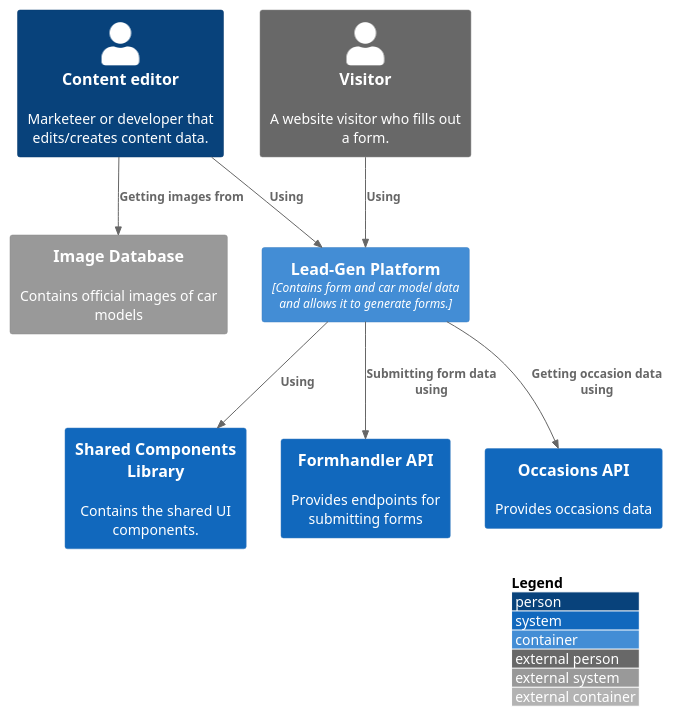
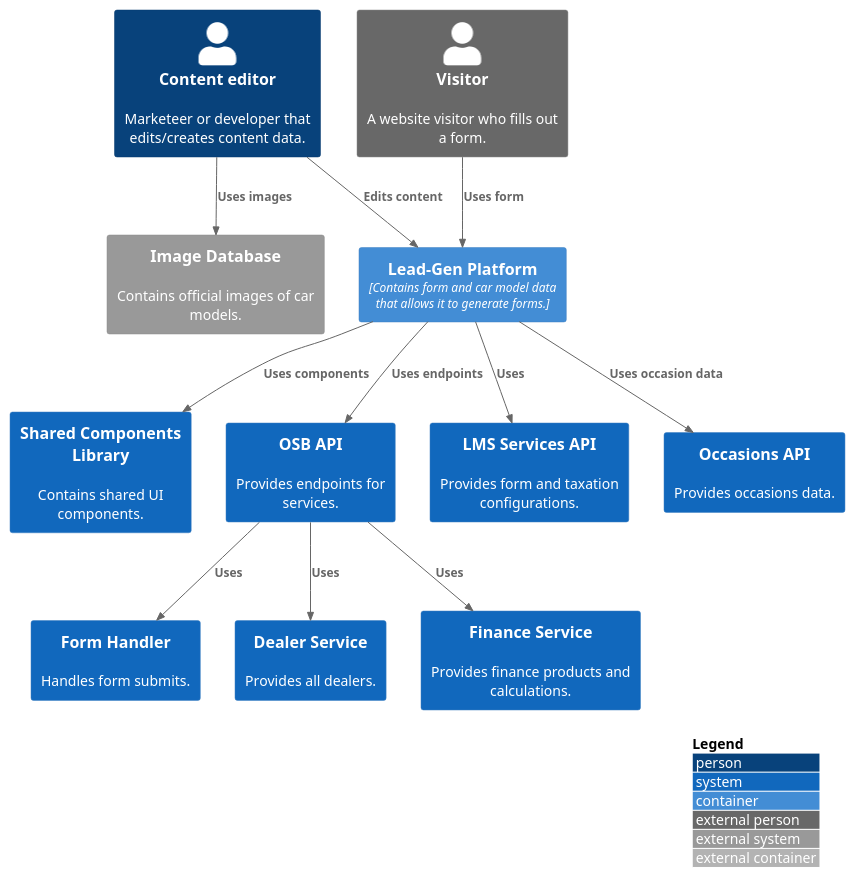
One commit to gitwazzup/lead-gen-c4 changed the diagram in src/context.puml. Above: the diagram before and after it, drawn with PlantUML. The commit also changed 9 other files, not shown here.

Commit message:
expanded on OSB and LMS

```diff
--- a/src/context.puml
+++ b/src/context.puml
@@ -1,21 +1,29 @@
 @startuml
 !include https://raw.githubusercontent.com/adrianvlupu/C4-PlantUML/latest/C4_Context.puml
 !include https://raw.githubusercontent.com/plantuml-stdlib/C4-PlantUML/master/C4_Container.puml
 
 LAYOUT_WITH_LEGEND()
 
 Person(editor, "Content editor", "Marketeer or developer that edits/creates content data.")
 Person_Ext(visitor, "Visitor", "A website visitor who fills out a form.")
-Container(leadgen, "Lead-Gen Platform", "Contains form and car model data and allows it to generate forms.")
-System(cmp, "Shared Components Library", "Contains the shared UI components.")
-System(formhandler, "Formhandler API", "Provides endpoints for submitting forms")
-System(occ, "Occasions API", "Provides occasions data")
-System_Ext(img, "Image Database", "Contains official images of car models")
+Container(leadgen, "Lead-Gen Platform", "Contains form and car model data that allows it to generate forms.")
+System(cmp, "Shared Components Library", "Contains shared UI components.")
+System(osb, "OSB API", "Provides endpoints for services.")
+System(lms, "LMS Services API", "Provides form and taxation configurations.")
+System(occasions, "Occasions API", "Provides occasions data.")
+System_Ext(img, "Image Database", "Contains official images of car models.")
+System(formhandler, "Form Handler", "Handles form submits.")
+System(dealer, "Dealer Service", "Provides all dealers.")
+System(finance, "Finance Service", "Provides finance products and calculations.")
 
-Rel(editor, leadgen, "Using")
-Rel(visitor, leadgen, "Using")
-Rel(leadgen, cmp, "Using")
-Rel(leadgen, formhandler, "Submitting form data using")
-Rel(leadgen, occ, "Getting occasion data using")
-Rel(editor, img, "Getting images from")
+Rel(editor, leadgen, "Edits content")
+Rel(visitor, leadgen, "Uses form")
+Rel(leadgen, cmp, "Uses components")
+Rel(leadgen, osb, "Uses endpoints")
+Rel(leadgen, lms, "Uses")
+Rel(leadgen, occasions, "Uses occasion data")
+Rel(editor, img, "Uses images")
+Rel(osb, formhandler, "Uses")
+Rel(osb, dealer, "Uses")
+Rel(osb, finance, "Uses")
 @enduml
```
